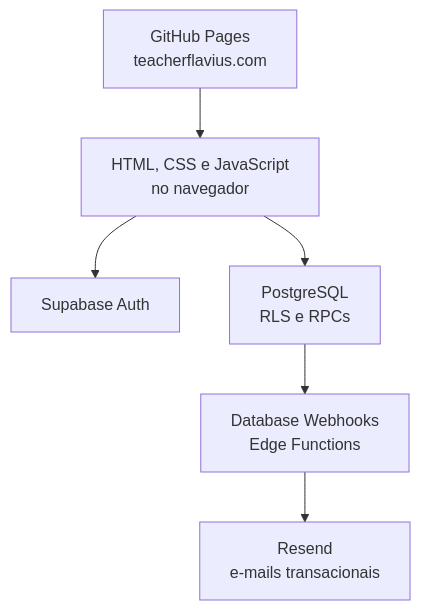
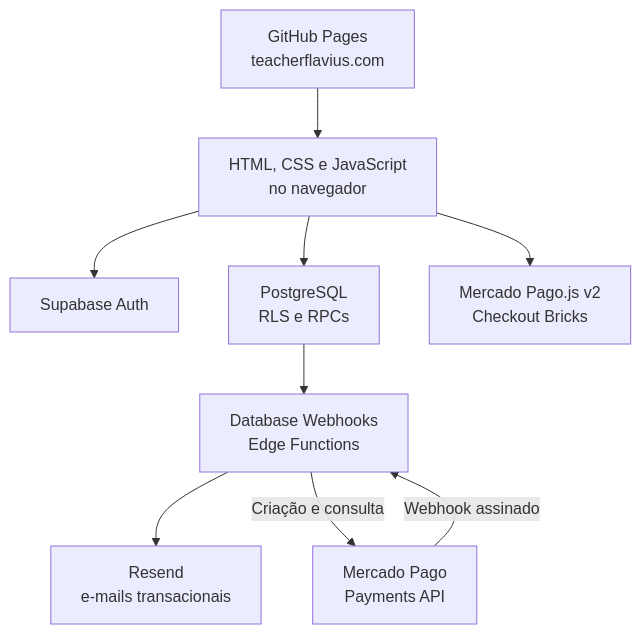
Before and after one commit to Flaviofreitas1992/teacherflavius: the diagram in README.md, drawn with Mermaid. The commit also changed other lines of this file, not shown here.

Commit message:
Update README for Mercado Pago payments

````diff
--- a/README.md
+++ b/README.md
@@ -28,8 +28,11 @@
 ```mermaid
 flowchart TB
   Pages["GitHub Pages<br>teacherflavius.com"] --> Browser["HTML, CSS e JavaScript<br>no navegador"]
   Browser --> Auth["Supabase Auth"]
   Browser --> Database["PostgreSQL<br>RLS e RPCs"]
+  Browser --> MercadoPagoJS["Mercado Pago.js v2<br>Checkout Bricks"]
   Database --> Functions["Database Webhooks<br>Edge Functions"]
   Functions --> Resend["Resend<br>e-mails transacionais"]
+  Functions -->|"Criação e consulta"| MercadoPagoAPI["Mercado Pago<br>Payments API"]
+  MercadoPagoAPI -->|"Webhook assinado"| Functions
 ```
````
